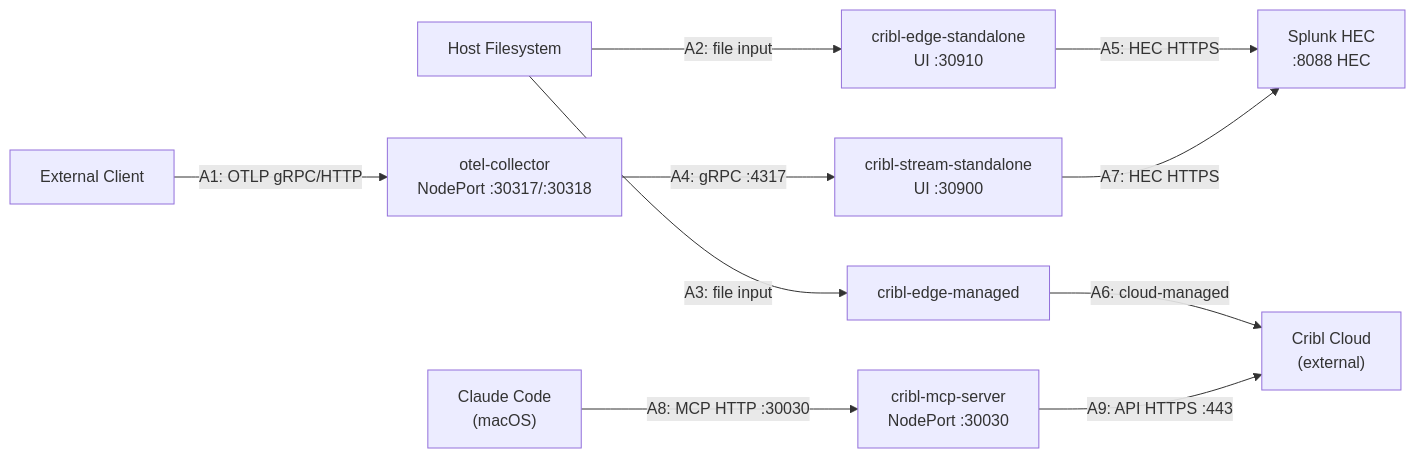
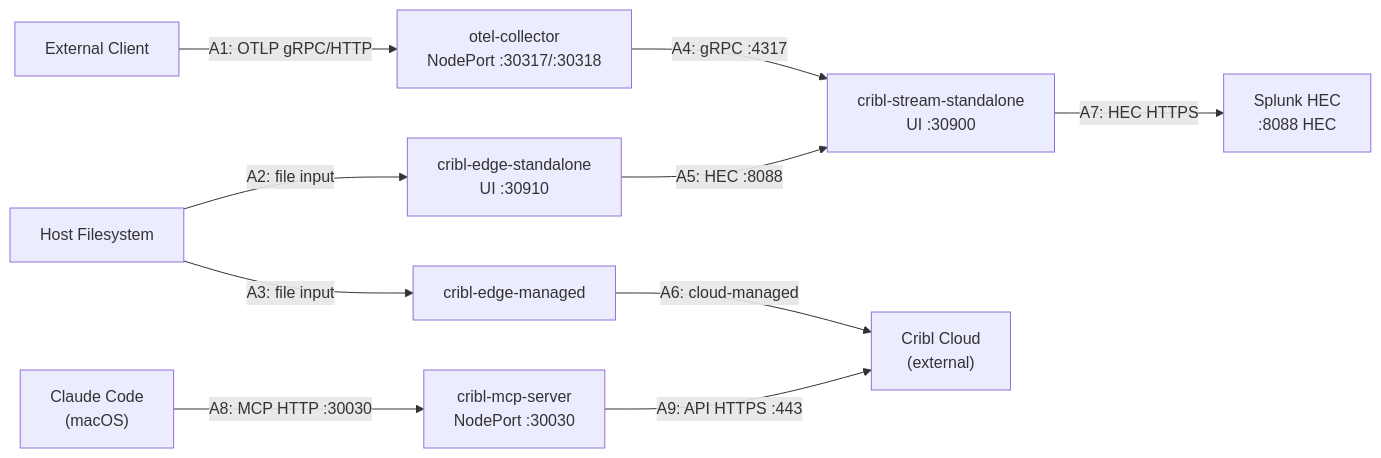
Before and after one commit to JacobPEvans/kubernetes-monitoring: the diagram in docs/ARCHITECTURE.md, drawn with Mermaid. The commit also changed other lines of this file and 11 other files, not shown here.

First line of the commit message:
fix: enforce edge→stream→splunk architecture, fix stream CrashLoopBackOff, auto-restart on deploy (#34)

````diff
--- a/docs/ARCHITECTURE.md
+++ b/docs/ARCHITECTURE.md
@@ -5,23 +5,23 @@
 ```mermaid
 flowchart LR
     Client[External Client]
     HostFS[Host Filesystem]
     OtelCollector["otel-collector\nNodePort :30317/:30318"]
     EdgeStandalone["cribl-edge-standalone\nUI :30910"]
     EdgeManaged[cribl-edge-managed]
     StreamStandalone["cribl-stream-standalone\nUI :30900"]
     SplunkHEC["Splunk HEC\n:8088 HEC"]
     CriblCloud["Cribl Cloud\n(external)"]
     McpServer["cribl-mcp-server\nNodePort :30030"]
     ClaudeCode["Claude Code\n(macOS)"]
 
     Client -->|"A1: OTLP gRPC/HTTP"| OtelCollector
     HostFS -->|"A2: file input"| EdgeStandalone
     HostFS -->|"A3: file input"| EdgeManaged
     OtelCollector -->|"A4: gRPC :4317"| StreamStandalone
-    EdgeStandalone -->|"A5: HEC HTTPS"| SplunkHEC
+    EdgeStandalone -->|"A5: HEC :8088"| StreamStandalone
     EdgeManaged -->|"A6: cloud-managed"| CriblCloud
     StreamStandalone -->|"A7: HEC HTTPS"| SplunkHEC
     ClaudeCode -->|"A8: MCP HTTP :30030"| McpServer
     McpServer -->|"A9: API HTTPS :443"| CriblCloud
 ```
````
